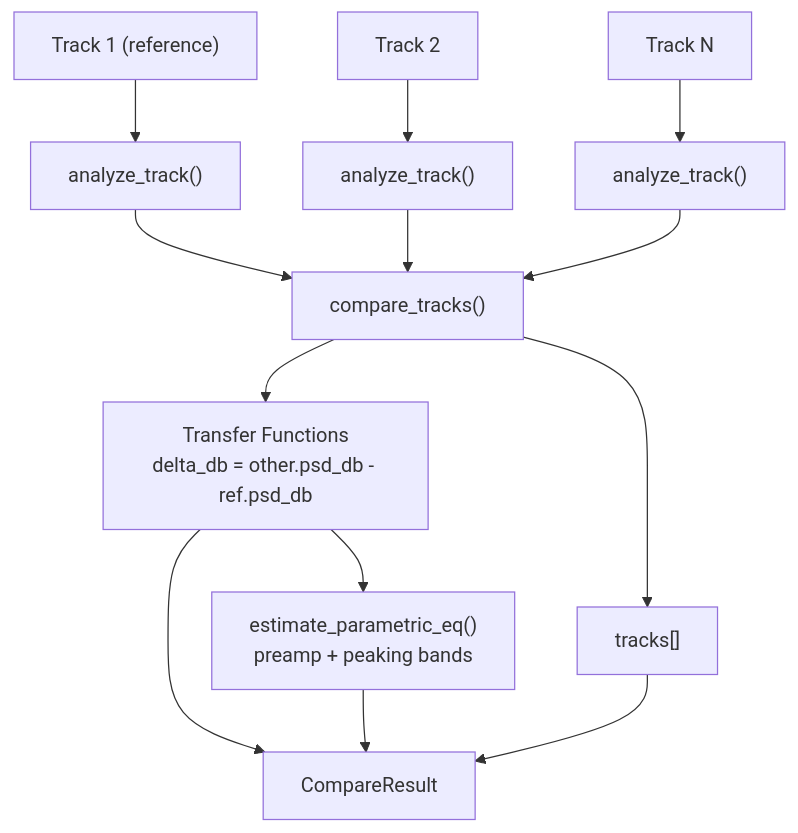
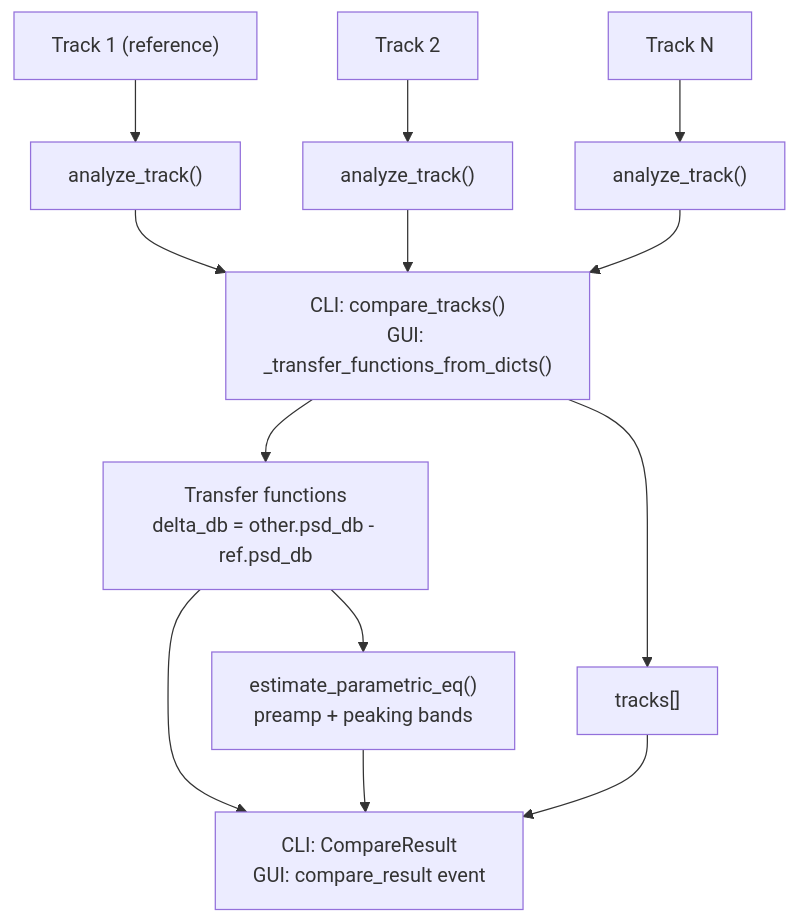
The fifth of 18 diagrams in docs/architecture.md (semnil/analyze-spectrum), drawn with Mermaid before and after one commit. The commit also changed other lines of this file and 7 other files, not shown here.

````diff
--- a/docs/architecture.md
+++ b/docs/architecture.md
@@ -137,22 +150,22 @@
 ```mermaid
 flowchart TD
     T1["Track 1 (reference)"]
     T2["Track 2"]
     TN["Track N"]
 
     T1 --> A1["analyze_track()"]
     T2 --> A2["analyze_track()"]
     TN --> AN["analyze_track()"]
 
-    A1 --> CMP["compare_tracks()"]
+    A1 --> CMP["CLI: compare_tracks()<br>GUI: _transfer_functions_from_dicts()"]
     A2 --> CMP
     AN --> CMP
 
-    CMP --> TF["Transfer Functions<br>delta_db = other.psd_db - ref.psd_db"]
+    CMP --> TF["Transfer functions<br>delta_db = other.psd_db - ref.psd_db"]
     CMP --> TRACKS["tracks[]"]
 
-    TF --> RES["CompareResult"]
+    TF --> RES["CLI: CompareResult<br>GUI: compare_result event"]
     TF --> EQ["estimate_parametric_eq()<br>preamp + peaking bands"]
     EQ --> RES
     TRACKS --> RES
 ```
````
